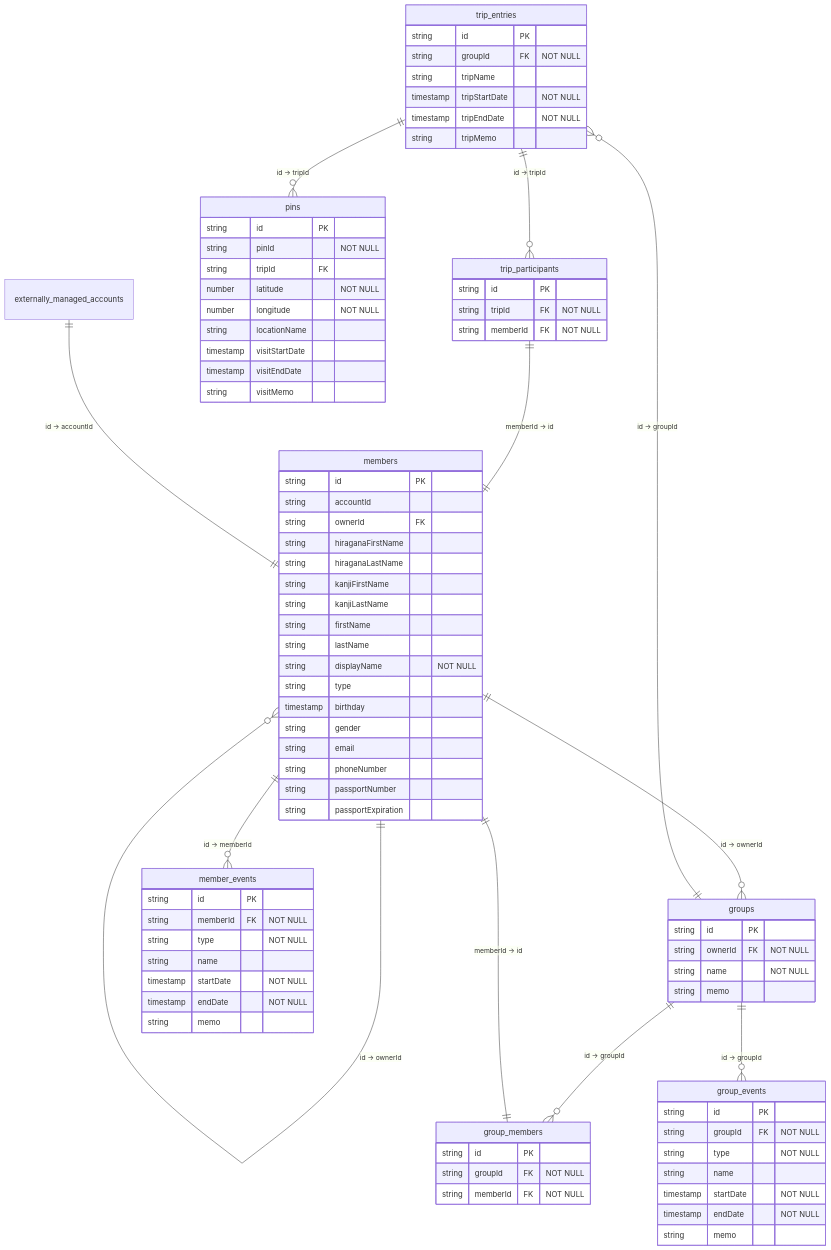
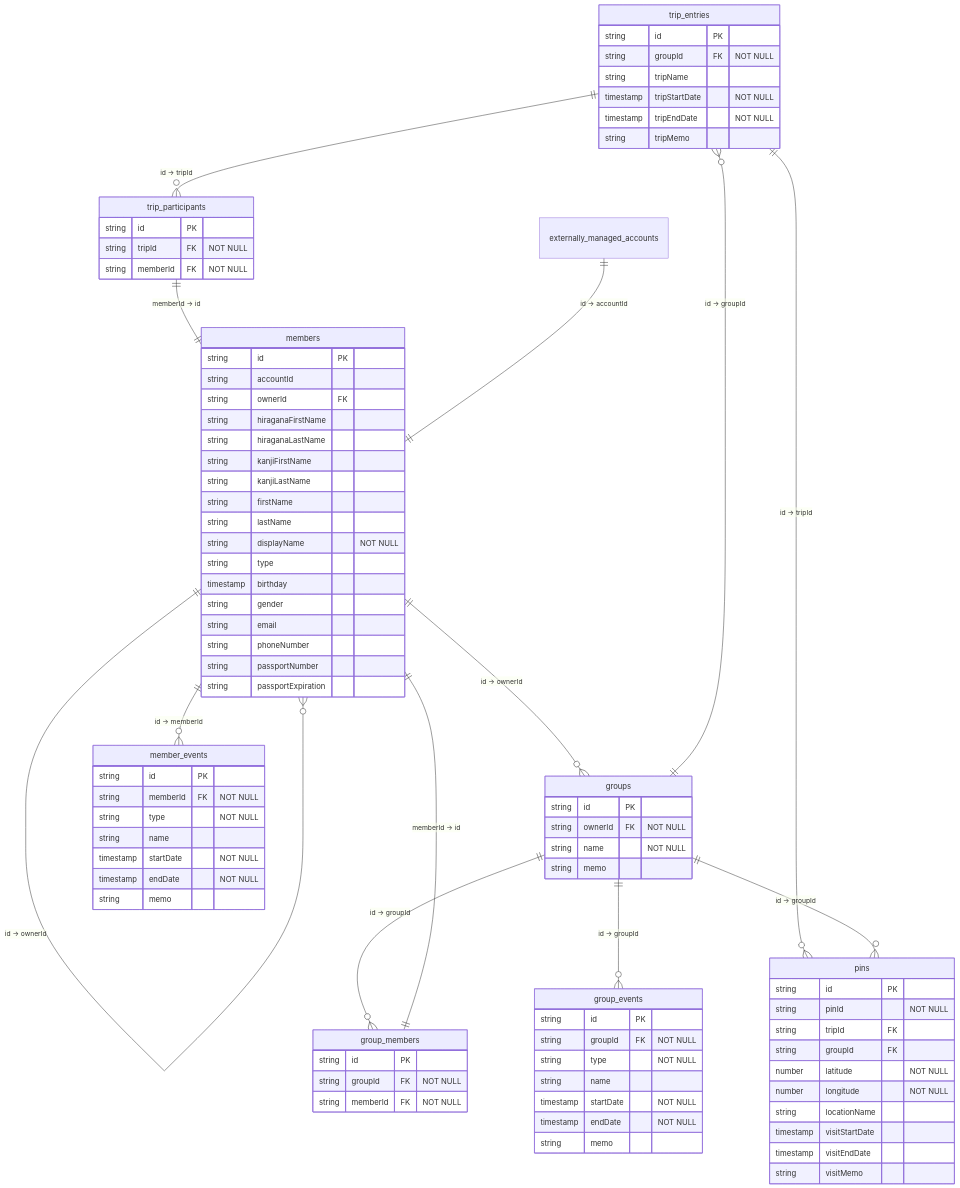
One commit to taka-016/memora changed the diagram in docs/er_diagram.md. Above: the diagram before and after it, drawn with Mermaid. The commit also changed 1 other file, not shown here.

Commit message:
docs: pinsにgroupIdを追加

```diff
--- a/docs/er_diagram.md
+++ b/docs/er_diagram.md
@@ -19,6 +19,7 @@
         string id PK
         string pinId "NOT NULL"
         string tripId FK
+        string groupId FK
         number latitude "NOT NULL"
         number longitude "NOT NULL"
         string locationName
@@ -83,6 +84,7 @@
     group_members ||--|| members : "memberId → id"
     groups ||--o{ group_events : "id → groupId"
     groups ||--o{ trip_entries : "id → groupId"
+    groups ||--o{ pins : "id → groupId"
     externally_managed_accounts ||--|| members : "id → accountId"
     members ||--o{ members : "id → ownerId"
     members ||--o{ groups : "id → ownerId"
```
